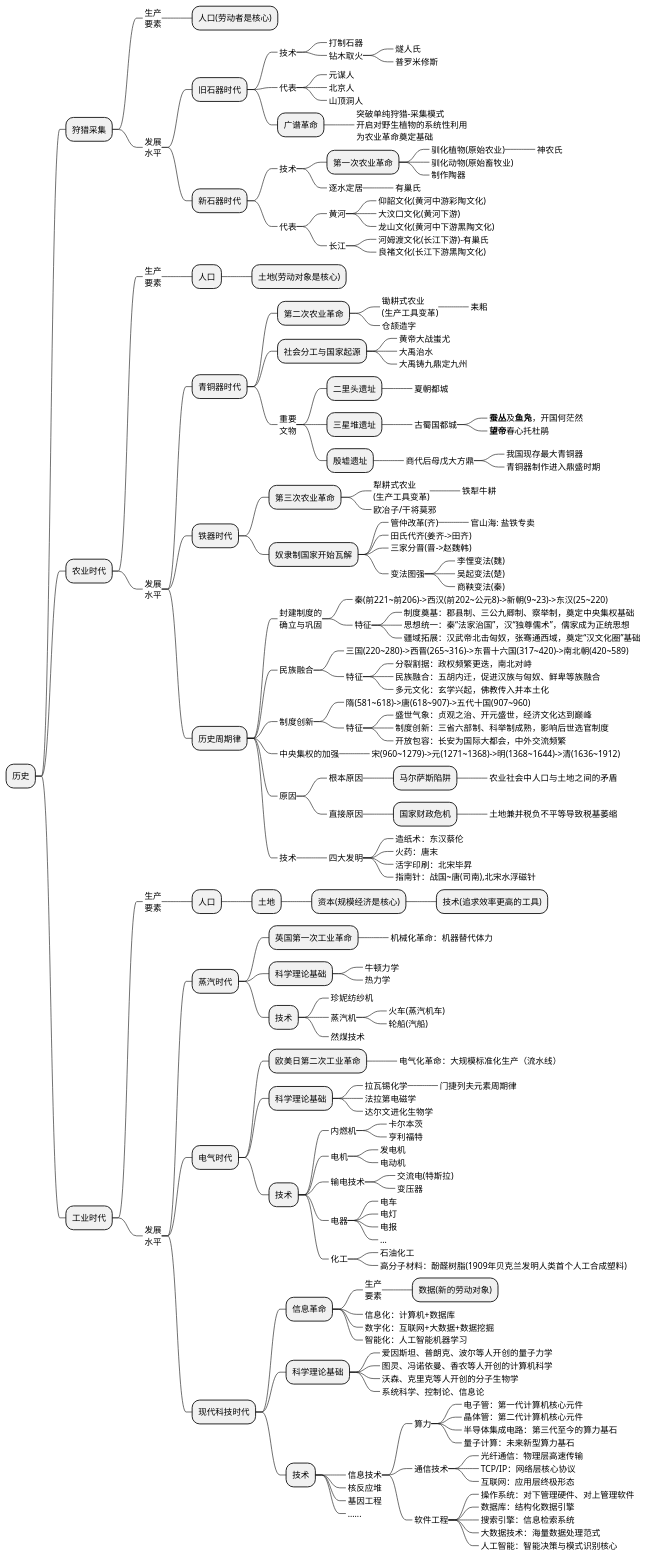
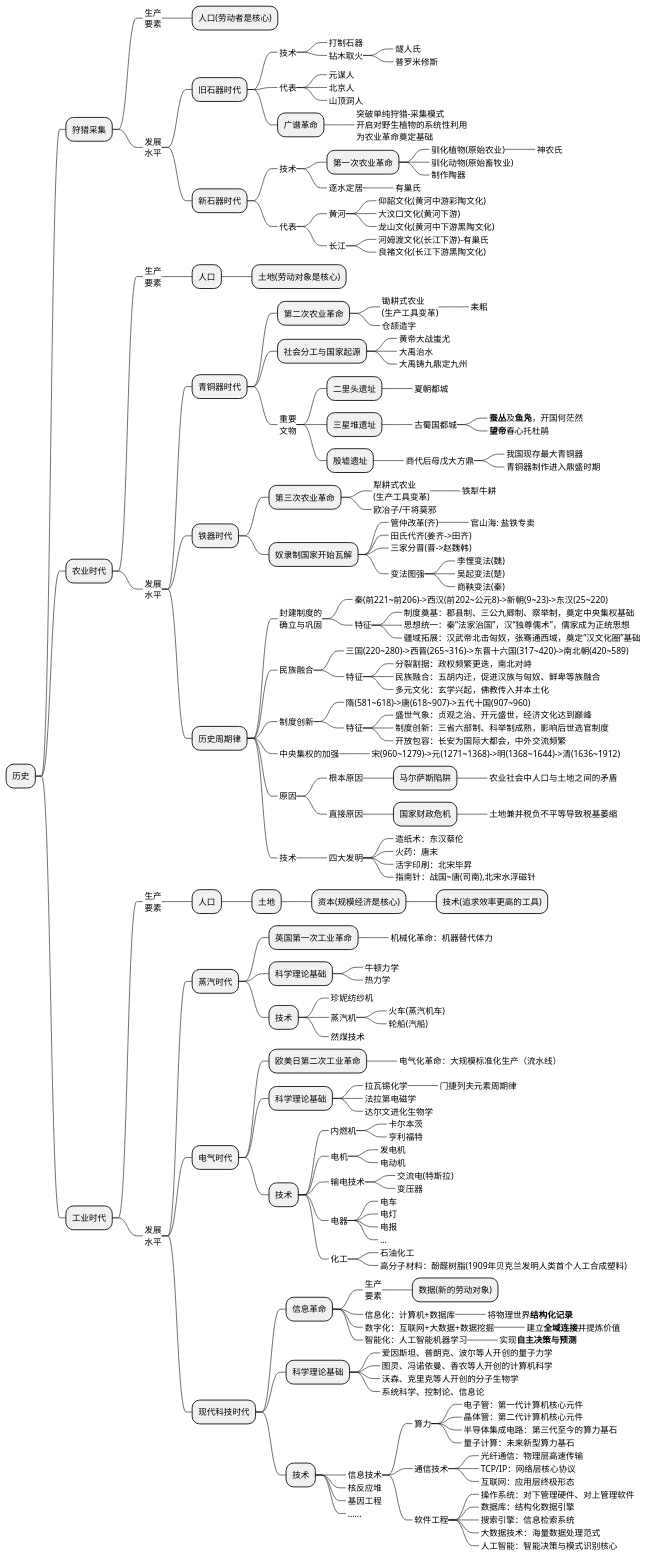
The first of 2 diagrams in source/_posts/economic/economic_and_history.md (holmofy/blog.hufeifei.cn), drawn with PlantUML before and after one commit.

```diff
--- a/source/_posts/economic/economic_and_history.md
+++ b/source/_posts/economic/economic_and_history.md
@@ -176,8 +176,11 @@
 ++++++_ 生产\n要素
 +++++++ 数据(新的劳动对象)
 ++++++_ 信息化：计算机+数据库
++++++++_ 将物理世界**结构化记录**
 ++++++_ 数字化：互联网+大数据+数据挖掘
++++++++_ 建立**全域连接**并提炼价值
 ++++++_ 智能化：人工智能机器学习
++++++++_ 实现**自主决策与预测**
 +++++ 科学理论基础
 ++++++_ 爱因斯坦、普朗克、波尔等人开创的量子力学
 ++++++_ 图灵、冯诺依曼、香农等人开创的计算机科学
```
